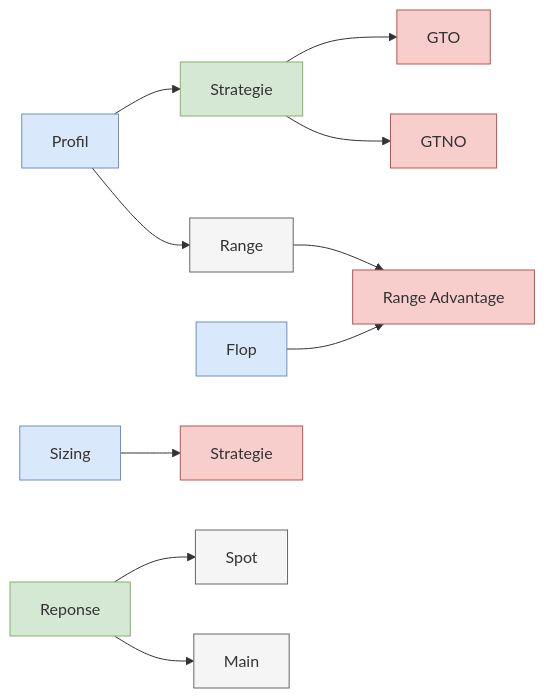
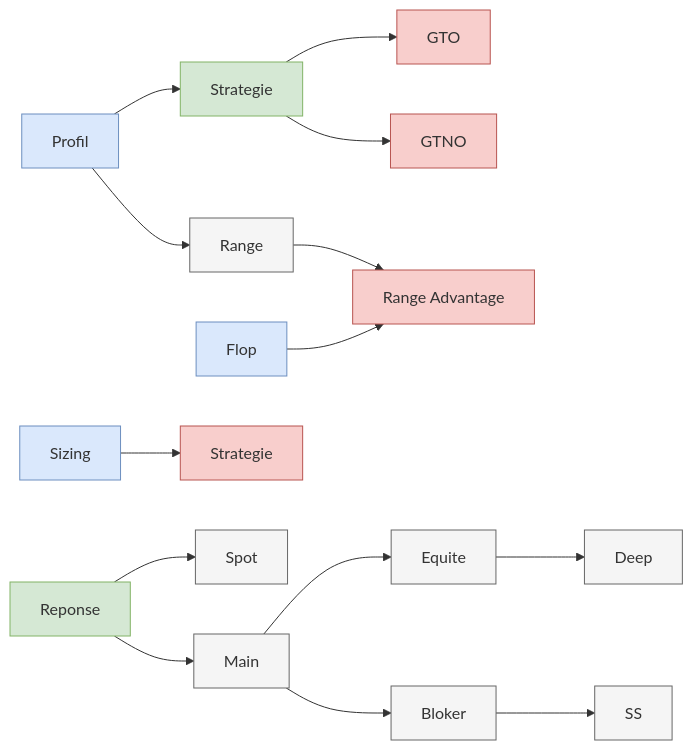
The diagram in _posts/2020-01-23-thinking-process.md (greglejeune/blog), drawn with Mermaid before and after one commit.

```diff
--- a/_posts/2020-01-23-thinking-process.md
+++ b/_posts/2020-01-23-thinking-process.md
@@ -22,24 +22,32 @@
   <div class="mermaid">
     graph LR
       Profil --> Strategie
       Strategie --> GTO
       Strategie --> GTNO
       Profil --> Range
       Range --> R[Range Advantage]
       Flop --> R[Range Advantage]
       Sizing --> S[Strategie]
       Reponse --> Spot
       Reponse --> Main
+      Main --> Equite
+      Main --> Bloker
+      Equite --> Deep
+      Bloker --> SS
       style Profil fill:#dae8fc,stroke:#6c8ebf,stroke-width:1px
       style Flop fill:#dae8fc,stroke:#6c8ebf,stroke-width:1px
       style Sizing fill:#dae8fc,stroke:#6c8ebf,stroke-width:1px
       style Strategie fill:#d5e8d4,stroke:#82b366,stroke-width:1px
       style Reponse fill:#d5e8d4,stroke:#82b366,stroke-width:1px
       style Range fill:#f5f5f5,stroke:#666666,stroke-width:1px
       style Spot fill:#f5f5f5,stroke:#666666,stroke-width:1px
       style Main fill:#f5f5f5,stroke:#666666,stroke-width:1px
+      style Equite fill:#f5f5f5,stroke:#666666,stroke-width:1px
+      style Bloker fill:#f5f5f5,stroke:#666666,stroke-width:1px
+      style Deep fill:#f5f5f5,stroke:#666666,stroke-width:1px
+      style SS fill:#f5f5f5,stroke:#666666,stroke-width:1px
       style GTO fill:#f8cecc,stroke:#b85450,stroke-width:1px
       style GTNO fill:#f8cecc,stroke:#b85450,stroke-width:1px
       style R fill:#f8cecc,stroke:#b85450,stroke-width:1px
       style S fill:#f8cecc,stroke:#b85450,stroke-width:1px
   </div>
```
